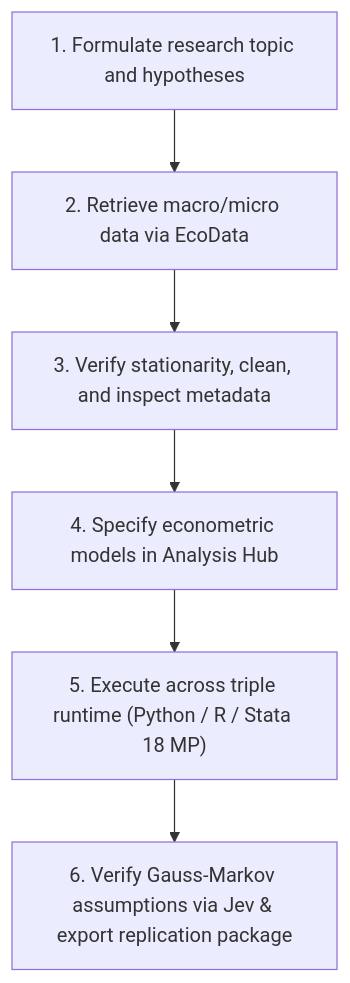
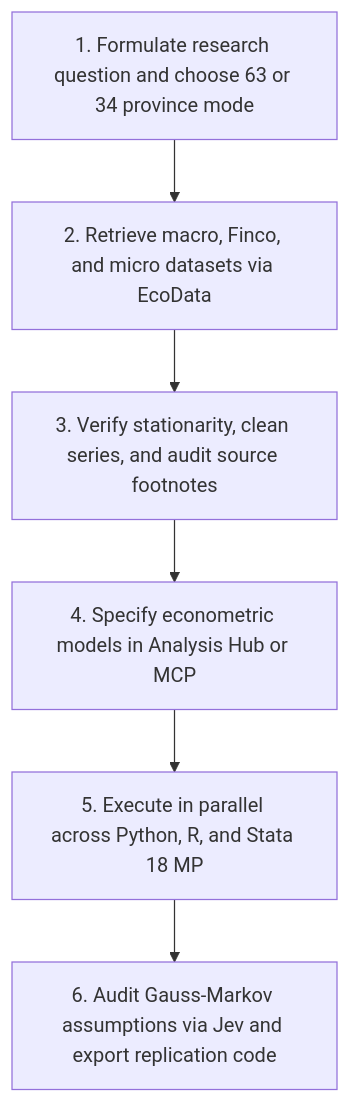
One commit to vietlod/docs changed the diagram in i18n/en/docusaurus-plugin-content-docs/current/ecodata/overview.mdx. Above: the diagram before and after it, drawn with Mermaid. The commit also changed other lines of this file and 28 other files, not shown here.

````diff
--- a/i18n/en/docusaurus-plugin-content-docs/current/ecodata/overview.mdx
+++ b/i18n/en/docusaurus-plugin-content-docs/current/ecodata/overview.mdx
@@ -269,8 +366,8 @@
 ```mermaid
 flowchart TD
-  A["1. Formulate research topic and hypotheses"] --> B["2. Retrieve macro/micro data via EcoData"]
-  B --> C["3. Verify stationarity, clean, and inspect metadata"]
-  C --> D["4. Specify econometric models in Analysis Hub"]
-  D --> E["5. Execute across triple runtime (Python / R / Stata 18 MP)"]
-  E --> F["6. Verify Gauss-Markov assumptions via Jev & export replication package"]
+  A["1. Formulate research question and choose 63 or 34 province mode"] --> B["2. Retrieve macro, Finco, and micro datasets via EcoData"]
+  B --> C["3. Verify stationarity, clean series, and audit source footnotes"]
+  C --> D["4. Specify econometric models in Analysis Hub or MCP"]
+  D --> E["5. Execute in parallel across Python, R, and Stata 18 MP"]
+  E --> F["6. Audit Gauss-Markov assumptions via Jev and export replication code"]
 ```
````
